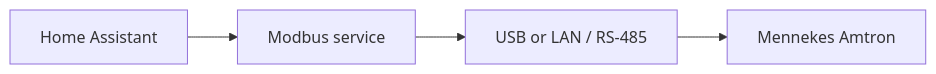
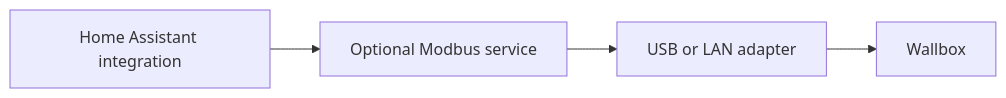
The diagram in docs/installation.md (memphi2/ha-mennekes-amtron), drawn with Mermaid before and after one commit. The commit also changed other lines of this file and 16 other files, not shown here.

````diff
--- a/docs/installation.md
+++ b/docs/installation.md
@@ -48,5 +39,5 @@
 ```mermaid
 flowchart LR
-    HA["Home Assistant"] --> APP["Modbus service"]
-    APP --> LINK["USB or LAN / RS-485"] --> WB["Mennekes Amtron"]
+    HA["Home Assistant integration"] --> APP["Optional Modbus service"]
+    APP --> LINK["USB or LAN adapter"] --> WB["Wallbox"]
 ```
````
